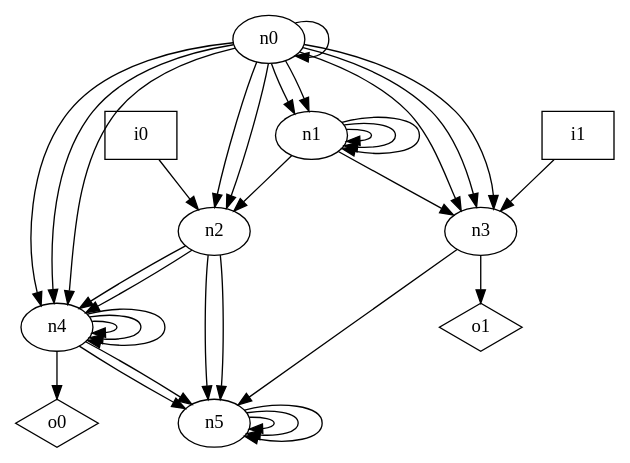
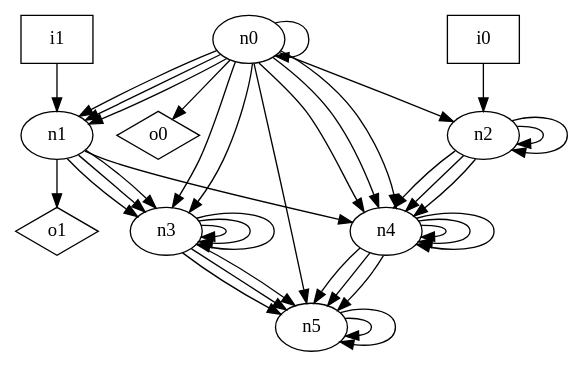
The diagram in dot_files/random/random_DAG_graph.dot (p9romain/bool-circuits), drawn with Graphviz before and after one commit. The commit also changed 22 other files, not shown here.

```diff
--- a/dot_files/random/random_DAG_graph.dot
+++ b/dot_files/random/random_DAG_graph.dot
@@ -1,45 +1,50 @@
 digraph G {
 n0 [label="n0"];
 n1 [label="n1"];
 n2 [label="n2"];
 n3 [label="n3"];
 n4 [label="n4"];
 n5 [label="n5"];
 n6 [label="i0",shape="box"];
 n7 [label="i1",shape="box"];
 n8 [label="o0",shape="diamond"];
 n9 [label="o1",shape="diamond"];
 n0 -> n0
 n0 -> n1
 n0 -> n1
+n0 -> n1
 n0 -> n2
-n0 -> n2
-n0 -> n3
 n0 -> n3
 n0 -> n3
 n0 -> n4
 n0 -> n4
 n0 -> n4
-n1 -> n1
-n1 -> n1
-n1 -> n1
-n1 -> n2
+n0 -> n5
+n0 -> n8
 n1 -> n3
+n1 -> n3
+n1 -> n3
+n1 -> n4
+n1 -> n9
+n2 -> n2
+n2 -> n2
 n2 -> n4
 n2 -> n4
-n2 -> n5
-n2 -> n5
+n2 -> n4
+n3 -> n3
+n3 -> n3
+n3 -> n3
 n3 -> n5
-n3 -> n9
+n3 -> n5
+n3 -> n5
 n4 -> n4
 n4 -> n4
 n4 -> n4
 n4 -> n5
 n4 -> n5
-n4 -> n8
-n5 -> n5
+n4 -> n5
 n5 -> n5
 n5 -> n5
 n6 -> n2
-n7 -> n3
+n7 -> n1
 }
```
